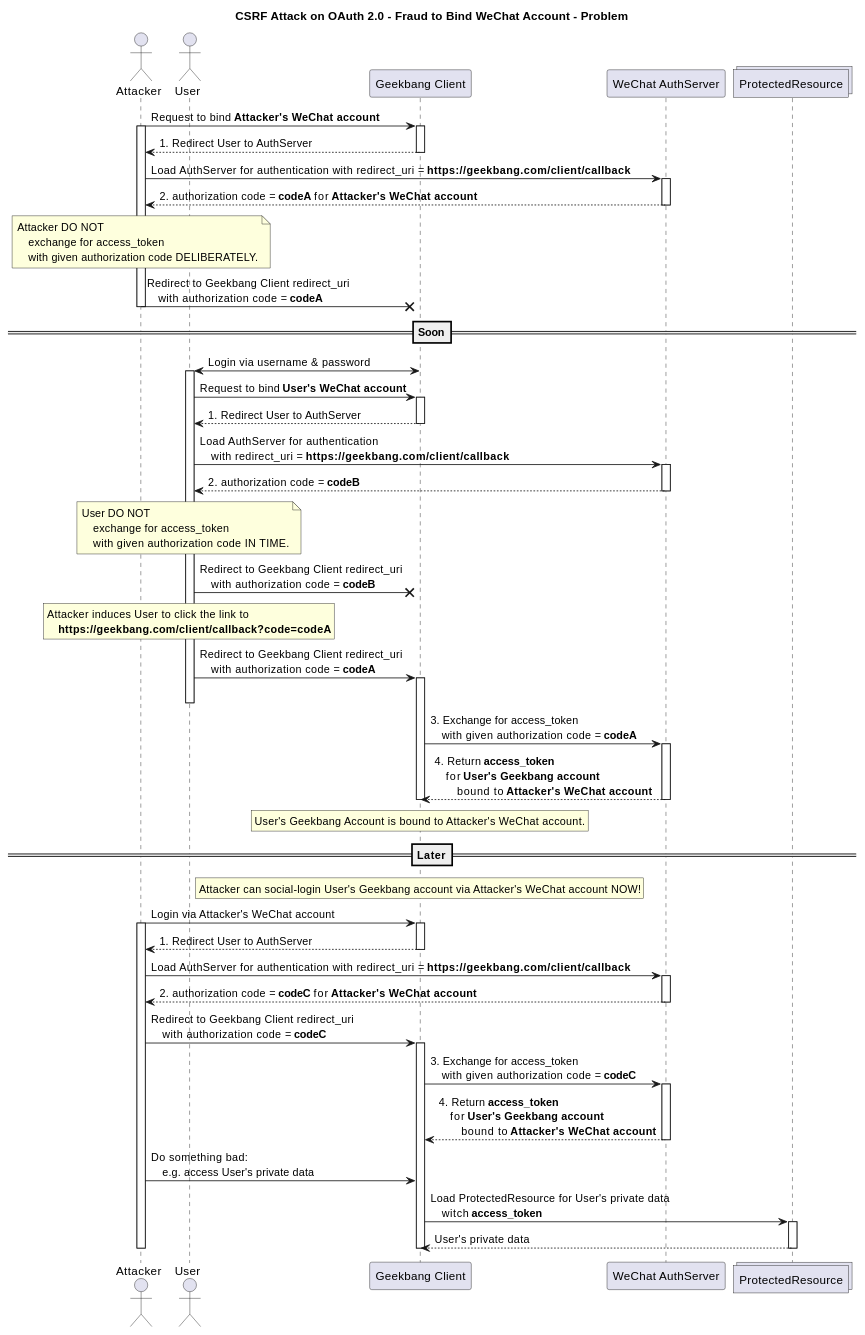
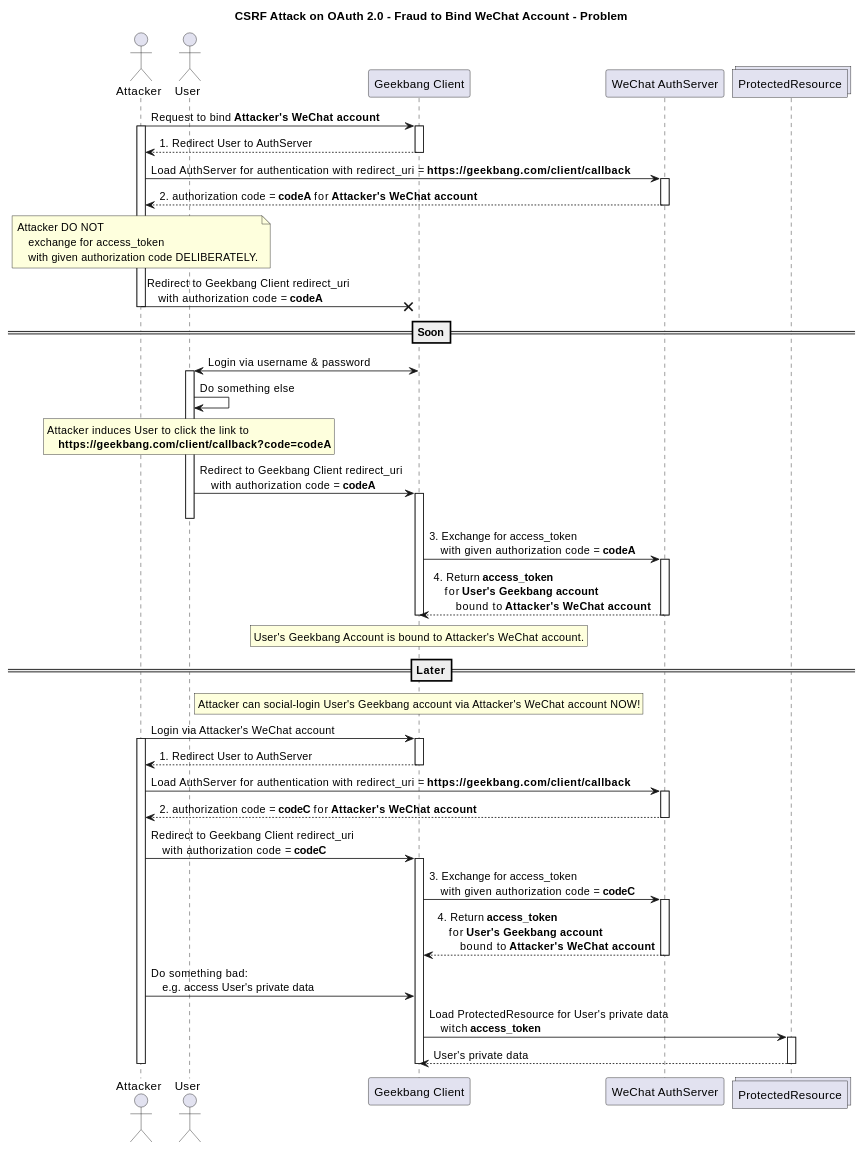
Before and after one commit to IceHe/lib: the first of 3 diagrams in auth/csrf-attack-on-oauth.md, drawn with PlantUML. The commit also changed other lines of this file and 1 other file, not shown here.

```diff
--- a/auth/csrf-attack-on-oauth.md
+++ b/auth/csrf-attack-on-oauth.md
@@ -41,23 +41,25 @@
 
 user <-> geekbang_client: Login via username & password
 activate user
-user -> geekbang_client: Request to bind **User's WeChat account**
-activate geekbang_client
-user <-- geekbang_client: 1. Redirect User to AuthServer
-deactivate geekbang_client
+'user -> geekbang_client: Request to bind **User's WeChat account**
+'activate geekbang_client
+'user <-- geekbang_client: 1. Redirect User to AuthServer
+'deactivate geekbang_client
+'
+'user -> auth_server: Load AuthServer for authentication \n    with redirect_uri = **https://geekbang.com/client/callback**
+'activate auth_server
+'user <-- auth_server: 2. authorization code = **codeB**
+'deactivate auth_server
+'
+'note over user
+'    User DO NOT
+'        exchange for access_token
+'        with given authorization code IN TIME.
+'endrnote
+'
+'user -x geekbang_client: Redirect to Geekbang Client redirect_uri \n    with authorization code = **codeB**
 
-user -> auth_server: Load AuthServer for authentication \n    with redirect_uri = **https://geekbang.com/client/callback**
-activate auth_server
-user <-- auth_server: 2. authorization code = **codeB**
-deactivate auth_server
-
-note over user
-    User DO NOT
-        exchange for access_token
-        with given authorization code IN TIME.
-endrnote
-
-user -x geekbang_client: Redirect to Geekbang Client redirect_uri \n    with authorization code = **codeB**
+user -> user: Do something else
 
 rnote over user
     Attacker induces User to click the link to
```
